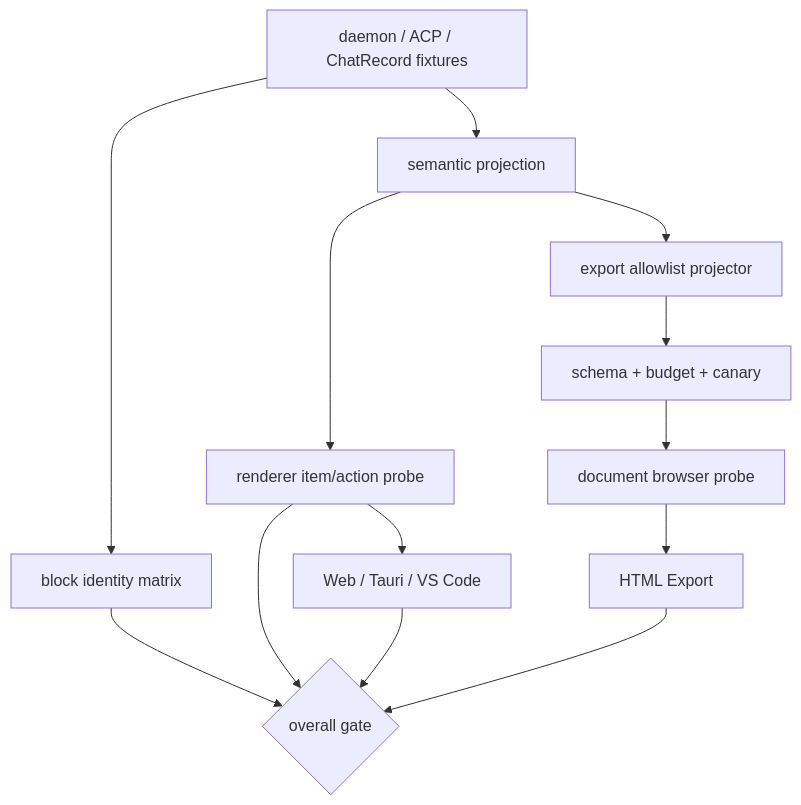
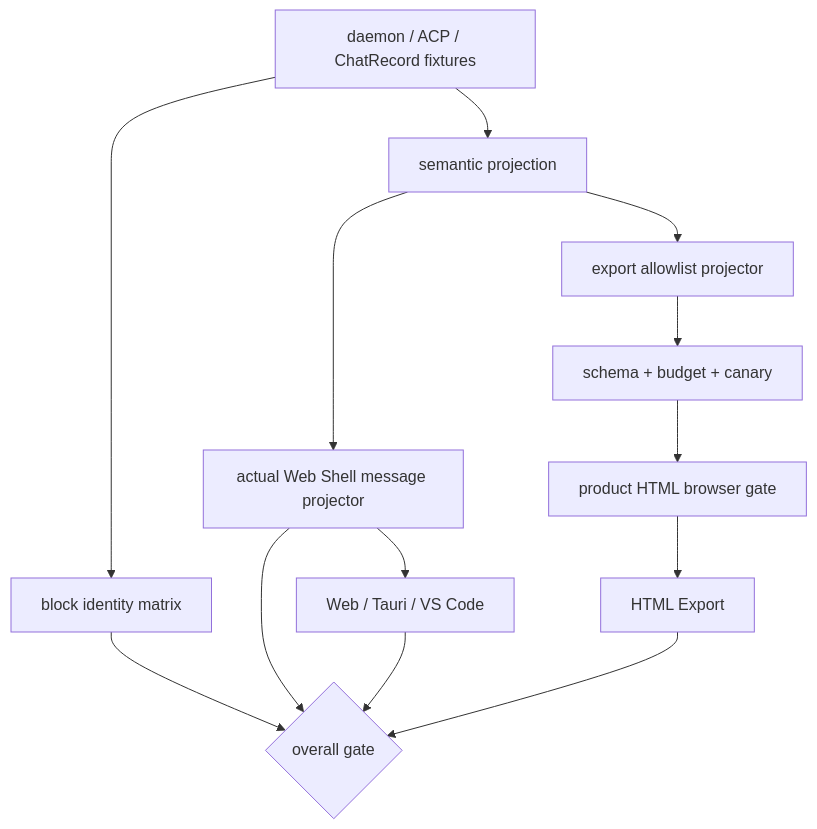
The second of 2 diagrams in docs/design/web-shell/chat-transcript-contract-prevalidation.md (QwenLM/qwen-code), drawn with Mermaid before and after one commit. The commit also changed other lines of this file and 47 other files, not shown here.

````diff
--- a/docs/design/web-shell/chat-transcript-contract-prevalidation.md
+++ b/docs/design/web-shell/chat-transcript-contract-prevalidation.md
@@ -701,15 +710,15 @@
 ```mermaid
 flowchart TD
   INPUTS["daemon / ACP / ChatRecord fixtures"] --> SEM["semantic projection"]
   INPUTS --> IDS["block identity matrix"]
-  SEM --> RENDER["renderer item/action probe"]
+  SEM --> RENDER["actual Web Shell message projector"]
   SEM --> EXPORT["export allowlist projector"]
   EXPORT --> SCHEMA["schema + budget + canary"]
-  SCHEMA --> BROWSER["document browser probe"]
+  SCHEMA --> BROWSER["product HTML browser gate"]
   RENDER --> HOSTS["Web / Tauri / VS Code"]
   BROWSER --> HTML["HTML Export"]
   IDS --> GATE{"overall gate"}
   RENDER --> GATE
   HOSTS --> GATE
   HTML --> GATE
 ```
````
